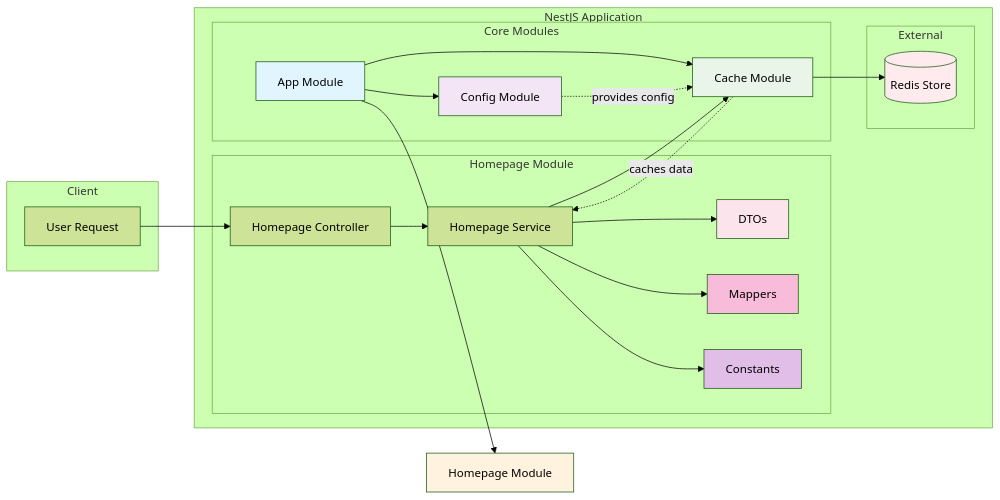
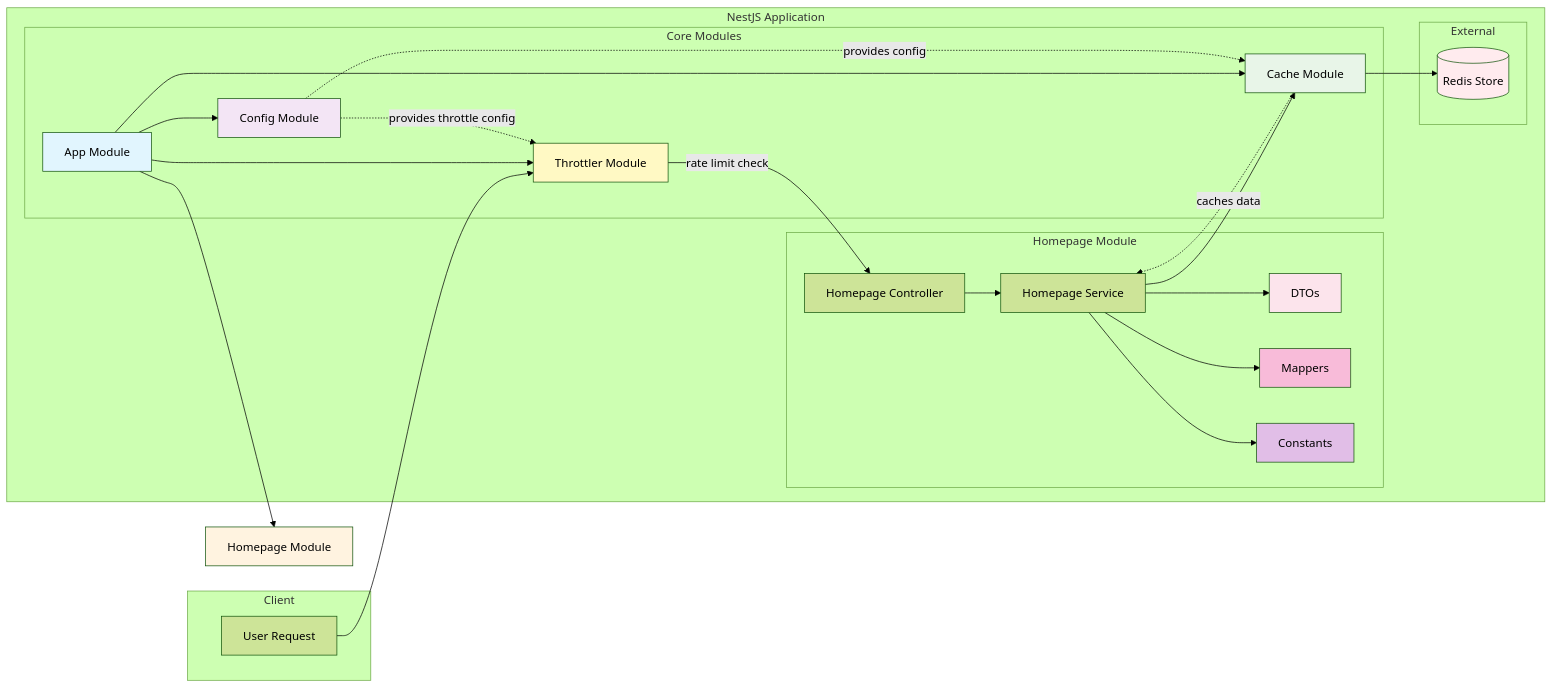
Before and after one commit to Sandip-Rocks/redis-cache-store: the diagram in README.md, drawn with Mermaid (forest theme). The commit also changed other lines of this file, not shown here.

````diff
--- a/README.md
+++ b/README.md
@@ -5,48 +5,53 @@
 ```mermaid
 graph LR
     subgraph "Client"
         User[User Request]
     end
     
     subgraph "NestJS Application"
         subgraph "Homepage Module"
             HC[Homepage Controller]
             HS[Homepage Service]
             DTO[DTOs]
             Mapper[Mappers]
             Const[Constants]
         end
         
         subgraph "Core Modules"
             AM[App Module]
             CM[Config Module]
             CacheM[Cache Module]
+            TM[Throttler Module]
         end
         
         subgraph "External"
             Redis[(Redis Store)]
         end
     end
     
-    User --> HC
+    User --> TM
+    TM -->|rate limit check| HC
     HC --> HS
     HS --> CacheM
     CacheM --> Redis
     HS --> DTO
     HS --> Mapper
     HS --> Const
     AM --> CM
     AM --> CacheM
+    AM --> TM
     AM --> HM[Homepage Module]
     CM -.->|provides config| CacheM
+    CM -.->|provides throttle config| TM
     CacheM -.->|caches data| HS
     
     style AM fill:#e1f5fe
     style CM fill:#f3e5f5
     style CacheM fill:#e8f5e8
+    style TM fill:#fff9c4
     style HM fill:#fff3e0
     style Redis fill:#ffebee
     style DTO fill:#fce4ec
     style Mapper fill:#f8bbd9
     style Const fill:#e1bee7
 ```
````
